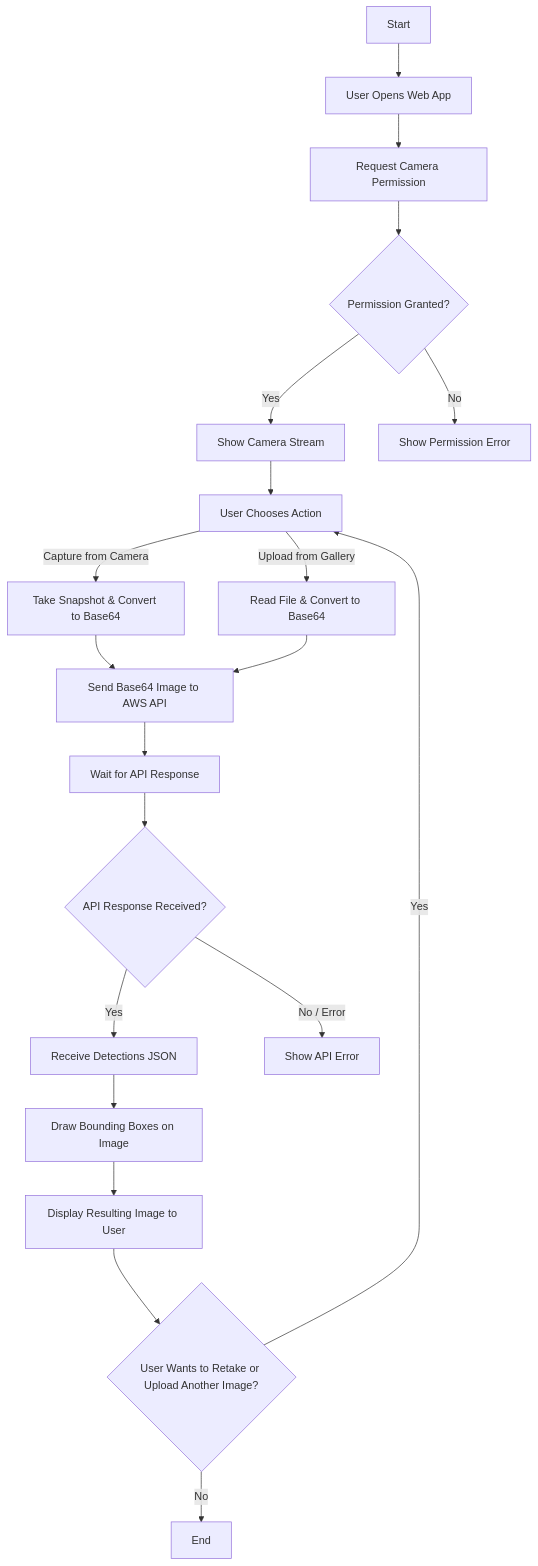
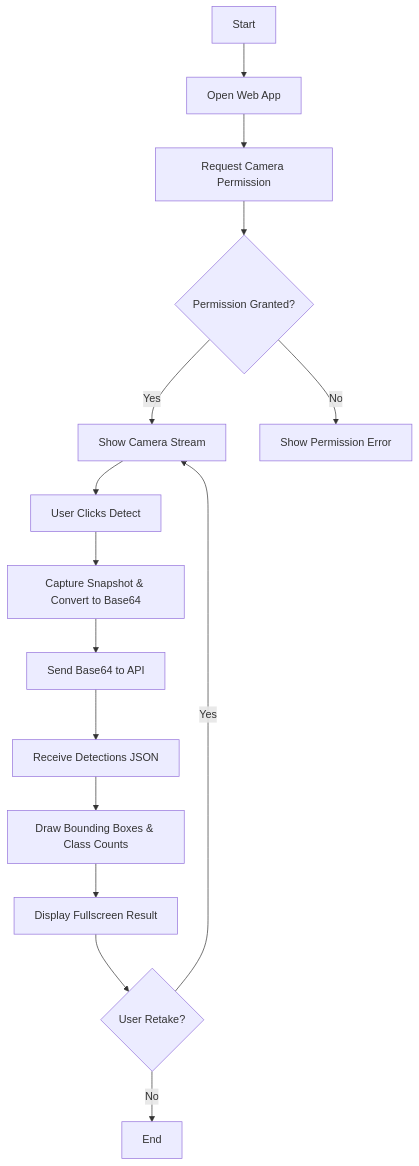
Before and after one commit to iqbalai55/coffee-bean-inspector-app: the diagram in flowchart.mmd, drawn with Mermaid. The commit also changed 1 other file, not shown here.

```diff
--- a/flowchart.mmd
+++ b/flowchart.mmd
@@ -1,25 +1,18 @@
 flowchart TD
-    A[Start] --> B[User Opens Web App]
+    A[Start] --> B[Open Web App]
     B --> C[Request Camera Permission]
     C --> D{Permission Granted?}
     D -->|Yes| E[Show Camera Stream]
     D -->|No| F[Show Permission Error]
 
-    E --> G[User Chooses Action]
-    G -->|Capture from Camera| H[Take Snapshot & Convert to Base64]
-    G -->|Upload from Gallery| I[Read File & Convert to Base64]
+    E --> G[User Clicks Detect]
+    G --> H[Capture Snapshot & Convert to Base64]
+    H --> I[Send Base64 to API]
+    I --> J[Receive Detections JSON]
 
-    H --> J[Send Base64 Image to AWS API]
-    I --> J
+    J --> K[Draw Bounding Boxes & Class Counts]
+    K --> L[Display Fullscreen Result]
 
-    J --> K[Wait for API Response]
-    K --> L{API Response Received?}
-    L -->|Yes| M[Receive Detections JSON]
-    L -->|No / Error| N[Show API Error]
-
-    M --> O[Draw Bounding Boxes on Image]
-    O --> P[Display Resulting Image to User]
-
-    P --> Q{User Wants to Retake or Upload Another Image?}
-    Q -->|Yes| G
-    Q -->|No| R[End]
+    L --> M{User Retake?}
+    M -->|Yes| E
+    M -->|No| N[End]
```
